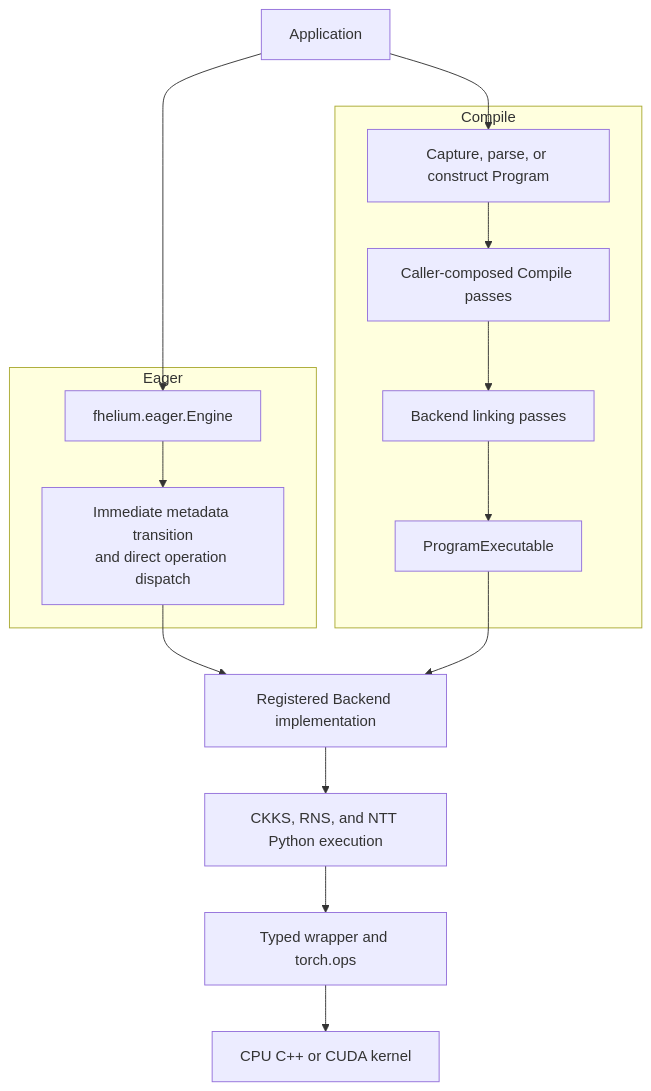
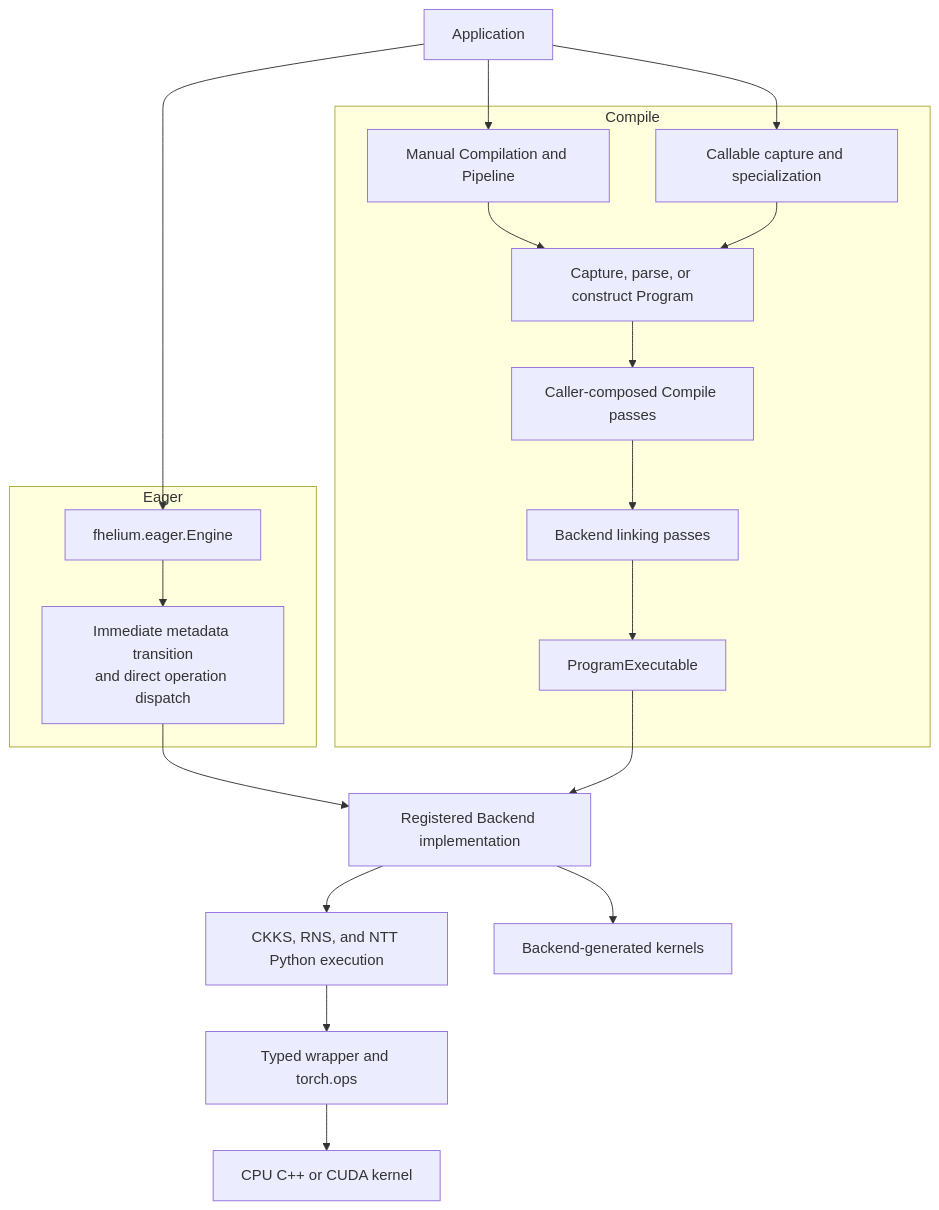
The diagram in docs/developer/source-tree.md (visualDust/fhelium), drawn with Mermaid before and after one commit. The commit also changed other lines of this file and 426 other files, not shown here.

````diff
--- a/docs/developer/source-tree.md
+++ b/docs/developer/source-tree.md
@@ -53,29 +50,35 @@
 ```mermaid
 graph TB
     APP[Application]
 
     subgraph Eager
         ENG[fhelium.eager.Engine]
         ECALL[Immediate metadata transition<br/>and direct operation dispatch]
         ENG --> ECALL
     end
 
     subgraph Compile
+        MANUAL[Manual Compilation and Pipeline]
+        CALLABLE[Callable capture and specialization]
         CAP[Capture, parse, or construct Program]
+        MANUAL --> CAP
+        CALLABLE --> CAP
         PASS[Caller-composed Compile passes]
         LINK[Backend linking passes]
         EXE[ProgramExecutable]
         CAP --> PASS --> LINK --> EXE
     end
 
     IMPL[Registered Backend implementation]
     PY[CKKS, RNS, and NTT Python execution]
     NATIVE[Typed wrapper and torch.ops]
     DEVICE[CPU C++ or CUDA kernel]
 
     APP --> ENG
-    APP --> CAP
+    APP --> MANUAL
+    APP --> CALLABLE
     ECALL --> IMPL
     EXE --> IMPL
     IMPL --> PY --> NATIVE --> DEVICE
+    IMPL --> GENERATED[Backend-generated kernels]
 ```
````
